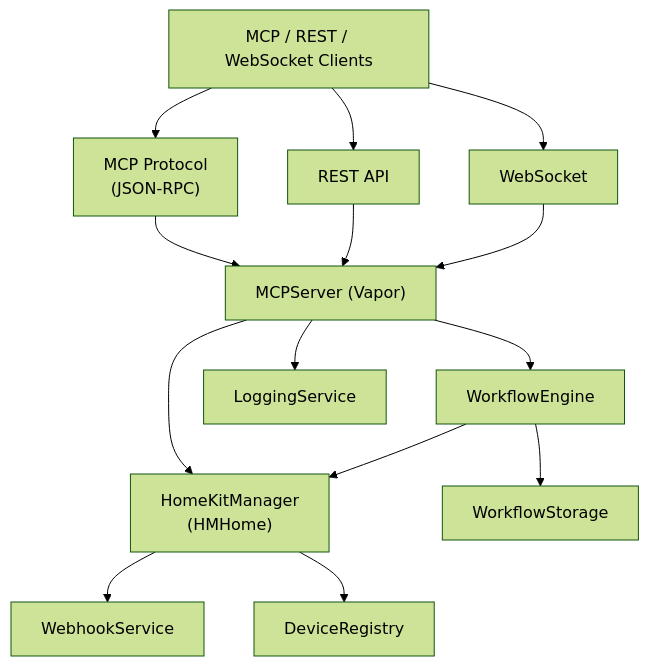
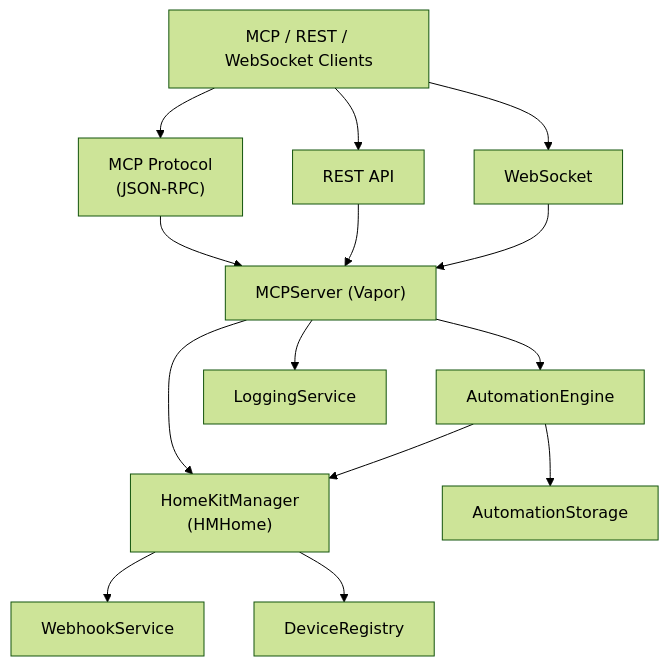
The diagram in README.md (novoapro/compai-home), drawn with Mermaid (forest theme) before and after one commit. The commit also changed other lines of this file and 459 other files, not shown here.

````diff
--- a/README.md
+++ b/README.md
@@ -587,22 +587,22 @@
 ```mermaid
 graph TD
     Clients["MCP / REST / WebSocket Clients"]
 
     Clients --> MCP["MCP Protocol<br/>(JSON-RPC)"]
     Clients --> REST["REST API"]
     Clients --> WS["WebSocket"]
 
     MCP --> Server["MCPServer (Vapor)"]
     REST --> Server
     WS --> Server
 
     Server --> HK["HomeKitManager<br/>(HMHome)"]
-    Server --> WE["WorkflowEngine"]
+    Server --> WE["AutomationEngine"]
     Server --> Log["LoggingService"]
 
     WE --> HK
-    WE --> Storage["WorkflowStorage"]
+    WE --> Storage["AutomationStorage"]
 
     HK --> Webhook["WebhookService"]
     HK --> Registry["DeviceRegistry"]
 ```
````
